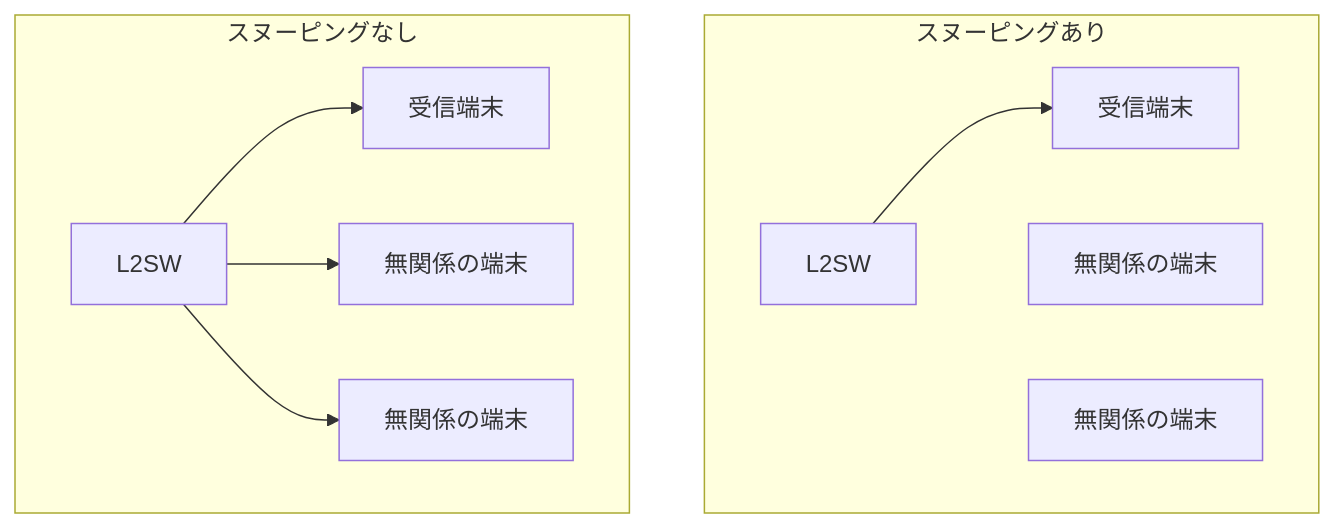
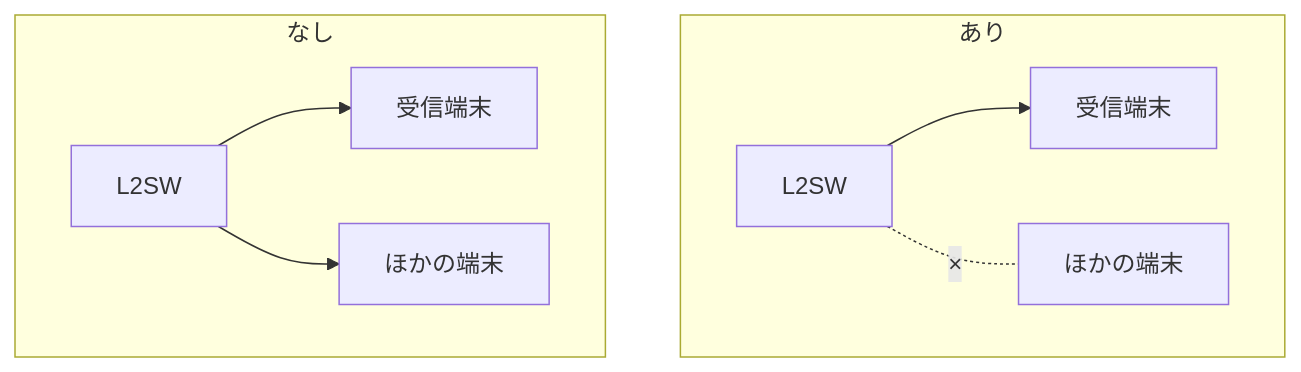
One commit to nnnaanaa/document changed the third of 4 diagrams in network/routing/multicast.md. Above: the diagram before and after it, drawn with Mermaid. The commit also changed other lines of this file and 2 other files, not shown here.

Commit message:
IPsec・VRRP・マルチキャスト暗記シートの図の横幅を詰める

````diff
--- a/network/routing/multicast.md
+++ b/network/routing/multicast.md
@@ -128,16 +128,14 @@
 ```mermaid
 flowchart LR
-  subgraph OFF["スヌーピングなし"]
+  subgraph OFF["なし"]
     direction LR
     A1["L2SW"] --> B1["受信端末"]
-    A1 --> C1["無関係の端末"]
-    A1 --> D1["無関係の端末"]
+    A1 --> C1["ほかの端末"]
   end
-  subgraph ON["スヌーピングあり"]
+  subgraph ON["あり"]
     direction LR
     A2["L2SW"] --> B2["受信端末"]
-    A2 ~~~ C2["無関係の端末"]
-    A2 ~~~ D2["無関係の端末"]
+    A2 -. "×" .- C2["ほかの端末"]
   end
   OFF ~~~ ON
 ```
````
